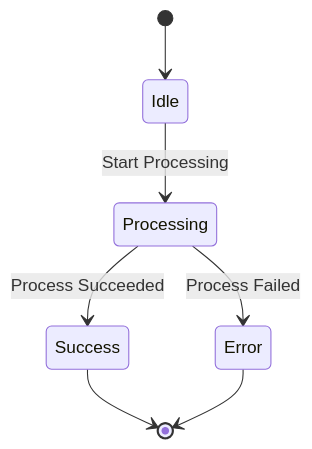
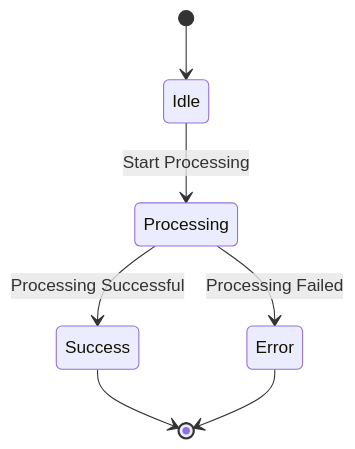
One commit to zccz14/CZON changed the fifth of 7 diagrams in .czon/src/en-US/docs/test-mermaid.md. Above: the diagram before and after it, drawn with Mermaid. The commit also changed other lines of this file and 502 other files, not shown here.

````diff
--- a/.czon/src/en-US/docs/test-mermaid.md
+++ b/.czon/src/en-US/docs/test-mermaid.md
@@ -90,9 +75,9 @@
 ```mermaid
 stateDiagram-v2
     [*] --> Idle
     Idle --> Processing : Start Processing
-    Processing --> Success : Process Succeeded
-    Processing --> Error : Process Failed
+    Processing --> Success : Processing Successful
+    Processing --> Error : Processing Failed
     Success --> [*]
     Error --> [*]
 ```
````
